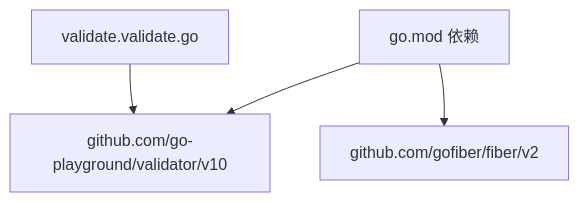
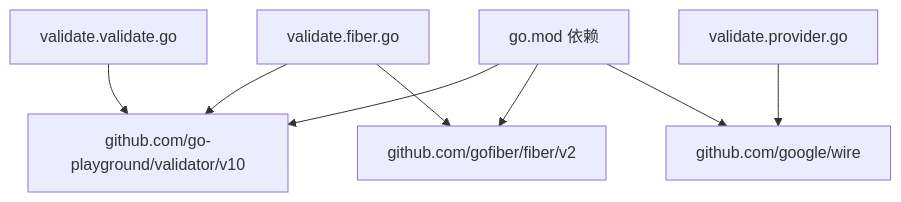
The third of 3 diagrams in .qoder/repowiki/zh/content/数据验证.md (wuwuseo/cmf), drawn with Mermaid before and after one commit. The commit also changed other lines of this file and 5 other files, not shown here.

````diff
--- a/.qoder/repowiki/zh/content/数据验证.md
+++ b/.qoder/repowiki/zh/content/数据验证.md
@@ -180,10 +277,17 @@
 ```mermaid
 graph TB
 M["validate.validate.go"]
+F["validate.fiber.go"]
+P["validate.provider.go"]
 G["go.mod 依赖"]
-F["github.com/go-playground/validator/v10"]
+V["github.com/go-playground/validator/v10"]
 R["github.com/gofiber/fiber/v2"]
-M --> F
-G --> F
+W["github.com/google/wire"]
+M --> V
+F --> V
+F --> R
+P --> W
+G --> V
 G --> R
+G --> W
 ```
````
